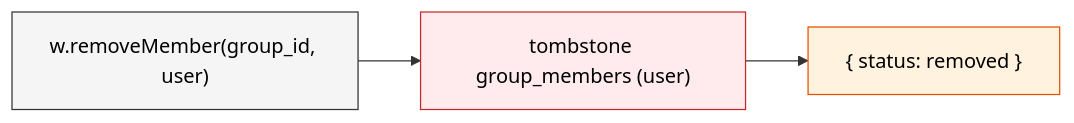
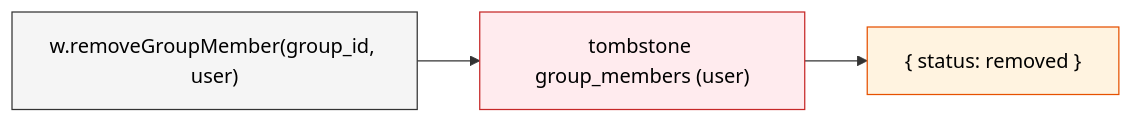
One commit to jacoby149/web10 changed the seventh of 7 diagrams in knowledge/knowledge-base/web10-v3/sdk/api.md. Above: the diagram before and after it, drawn with Mermaid. The commit also changed other lines of this file and 4 other files, not shown here.

````diff
--- a/knowledge/knowledge-base/web10-v3/sdk/api.md
+++ b/knowledge/knowledge-base/web10-v3/sdk/api.md
@@ -384,9 +350,9 @@
 ```mermaid
 flowchart LR
-    App["w.removeMember(group_id, user)"] --> GM["tombstone group_members (user)"]
+    App["w.removeGroupMember(group_id, user)"] --> GM["tombstone group_members (user)"]
     GM --> Res["{ status: removed }"]
 
     style App fill:#f5f5f5,stroke:#333,color:#000
     style GM fill:#ffebee,stroke:#c62828,color:#000
     style Res fill:#fff3e0,stroke:#e65100,color:#000
 ```
````
